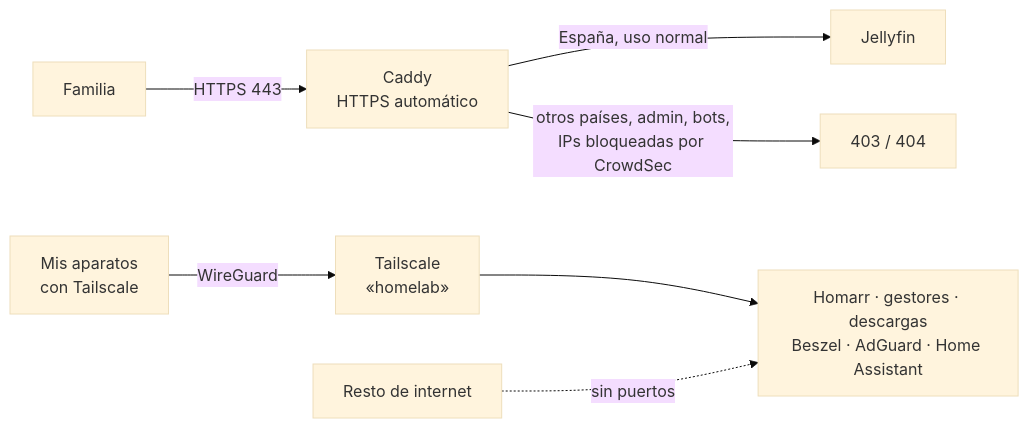
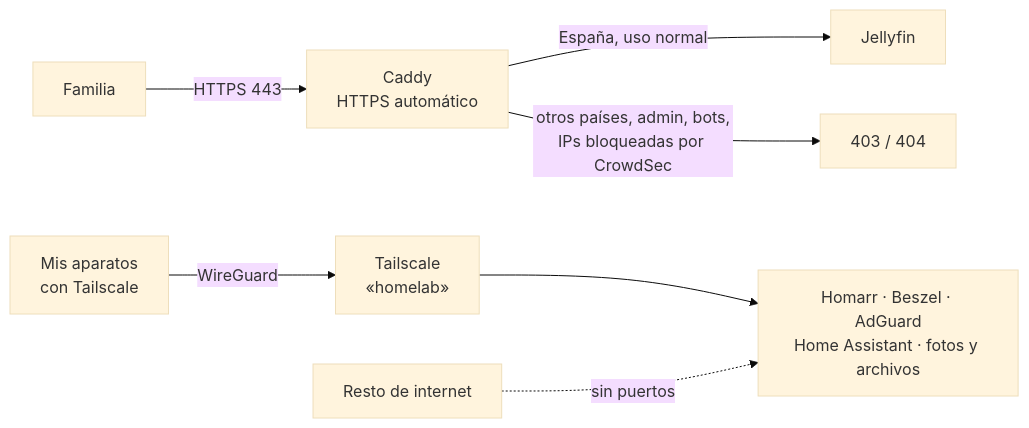
Before and after one commit to m0uwastaken/homelab: the second of 4 diagrams in README.md, drawn with Mermaid (base theme). The commit also changed other lines of this file, not shown here.

````diff
--- a/README.md
+++ b/README.md
@@ -153,9 +132,9 @@
 ```mermaid
 flowchart LR
     FAM["Familia"] -->|"HTTPS 443"| CADDY["Caddy<br/>HTTPS automático"]
     CADDY -->|"España, uso normal"| JF["Jellyfin"]
     CADDY -->|"otros países, admin, bots,<br/>IPs bloqueadas por CrowdSec"| X1["403 / 404"]
     YO["Mis aparatos<br/>con Tailscale"] -->|"WireGuard"| TS["Tailscale<br/>«homelab»"]
-    TS --> APPS["Homarr · gestores · descargas<br/>Beszel · AdGuard · Home Assistant"]
+    TS --> APPS["Homarr · Beszel · AdGuard<br/>Home Assistant · fotos y archivos"]
     NET["Resto de internet"] -.->|"sin puertos"| APPS
 ```
````
